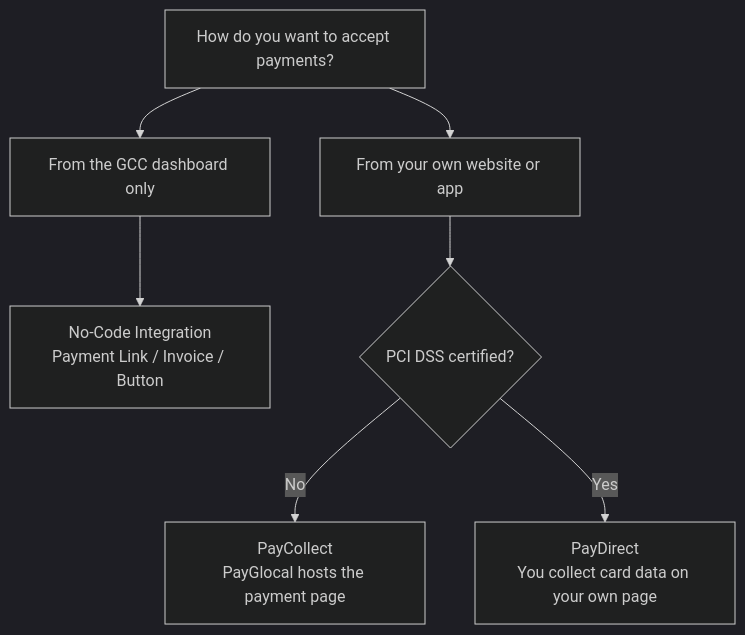
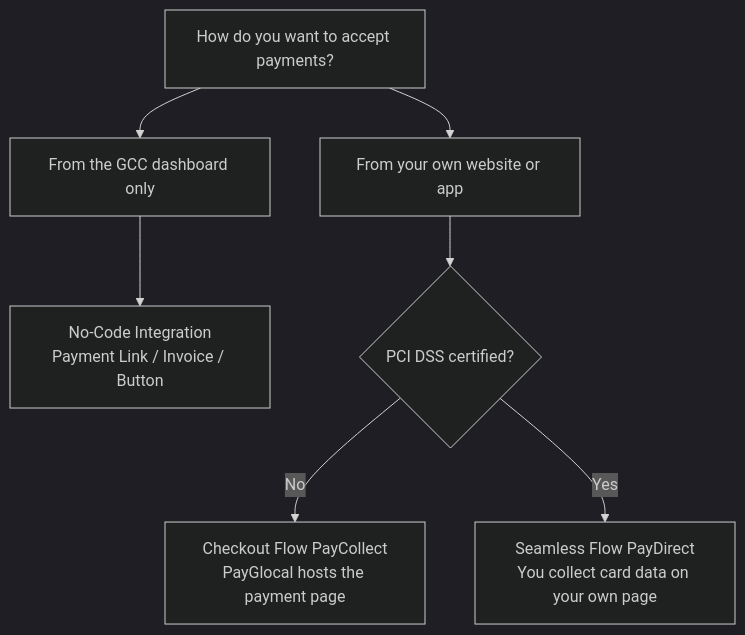
The diagram in integration/overview.mdx (PayGlocal-Technologies/payglocal-dev-docs), drawn with Mermaid (dark theme) before and after one commit. The commit also changed other lines of this file and 21 other files, not shown here.

First line of the commit message:
Align Guides and API Reference with Checkout/Seamless naming and nav polish.

````diff
--- a/integration/overview.mdx
+++ b/integration/overview.mdx
@@ -32,9 +32,9 @@
 ```mermaid
 graph TD
     A[How do you want to accept payments?] --> B[From the GCC dashboard only]
     A --> C[From your own website or app]
     B --> D[No-Code Integration<br/>Payment Link / Invoice / Button]
     C --> E{PCI DSS certified?}
-    E -->|No| F[PayCollect<br/>PayGlocal hosts the payment page]
-    E -->|Yes| G[PayDirect<br/>You collect card data on your own page]
+    E -->|No| F[Checkout Flow PayCollect<br/>PayGlocal hosts the payment page]
+    E -->|Yes| G[Seamless Flow PayDirect<br/>You collect card data on your own page]
 ```
````
